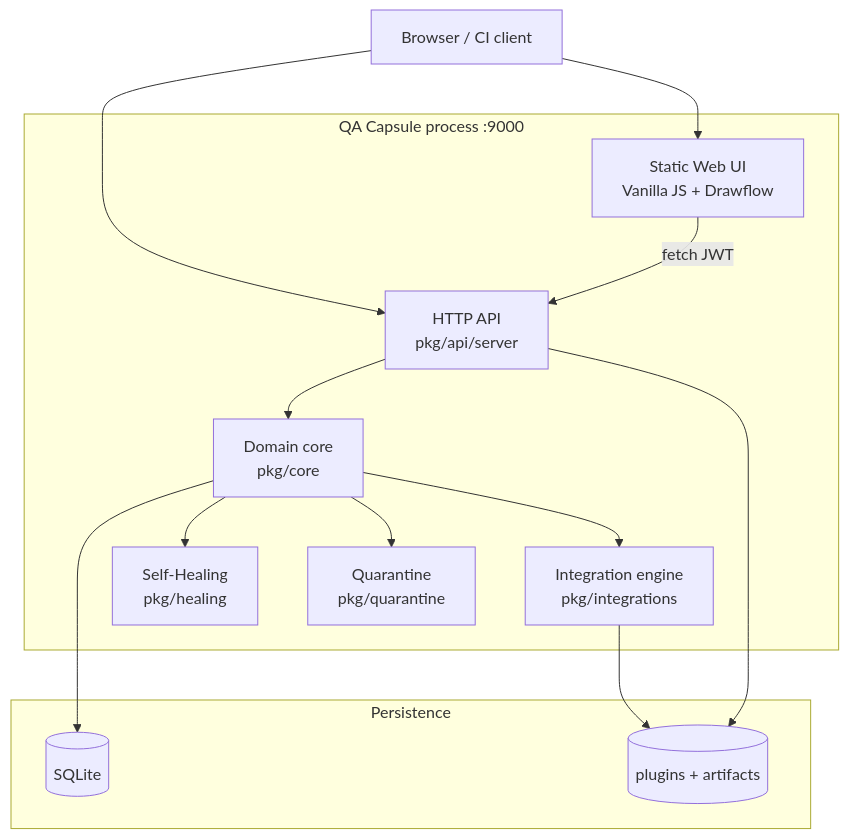
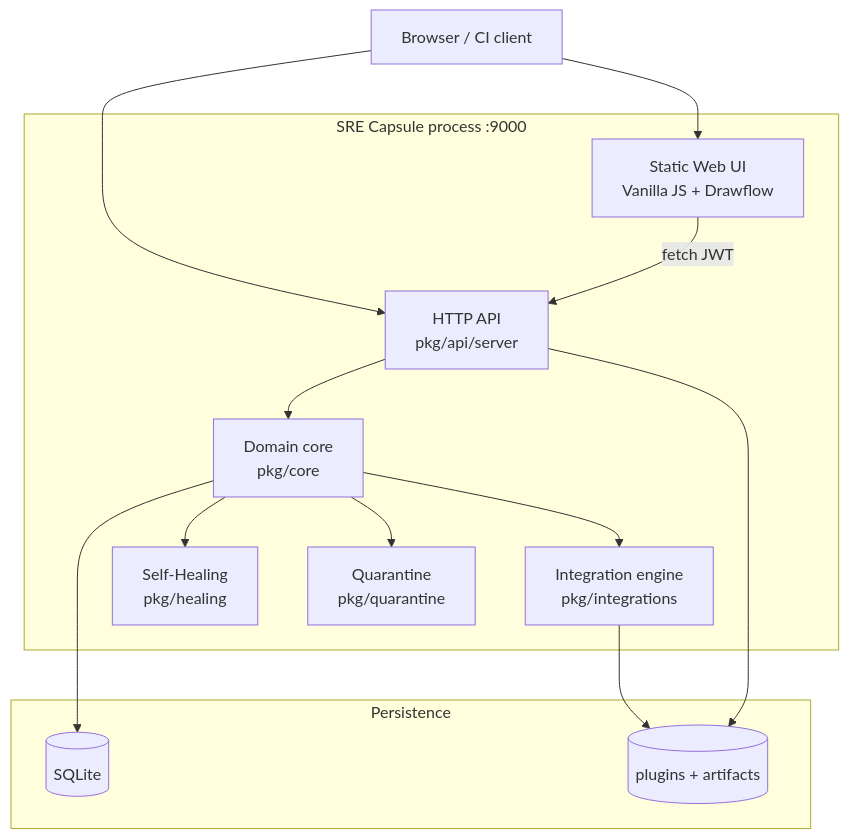
One commit to Ashraf-Khabar/qa-capsule changed the second of 18 diagrams in docs/guides/design-diagrams.md. Above: the diagram before and after it, drawn with Mermaid. The commit also changed other lines of this file and 180 other files, not shown here.

First line of the commit message:
Refactor codebase to transition from QA Capsule to SRE Capsule

````diff
--- a/docs/guides/design-diagrams.md
+++ b/docs/guides/design-diagrams.md
@@ -47,26 +47,26 @@
 ```mermaid
 flowchart TB
     USER[Browser / CI client]
 
-    subgraph process [QA Capsule process :9000]
+    subgraph process [SRE Capsule process :9000]
         WEB[Static Web UI<br/>Vanilla JS + Drawflow]
         API[HTTP API<br/>pkg/api/server]
         CORE[Domain core<br/>pkg/core]
         INT[Integration engine<br/>pkg/integrations]
         HEAL[Self-Healing<br/>pkg/healing]
         QN[Quarantine<br/>pkg/quarantine]
     end
 
     subgraph persist [Persistence]
         DB[(SQLite)]
         FS[(plugins + artifacts)]
     end
 
     USER --> WEB & API
     WEB -->|fetch JWT| API
     API --> CORE
     CORE --> DB
     CORE --> INT & HEAL & QN
     INT --> FS
     API --> FS
 ```
````
